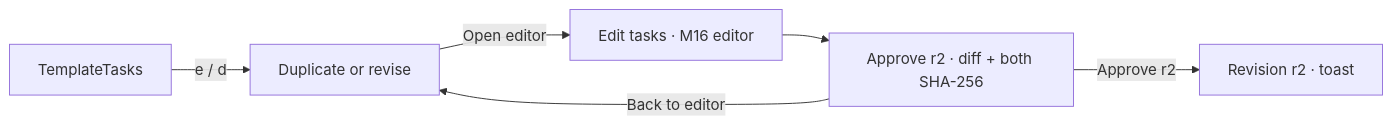
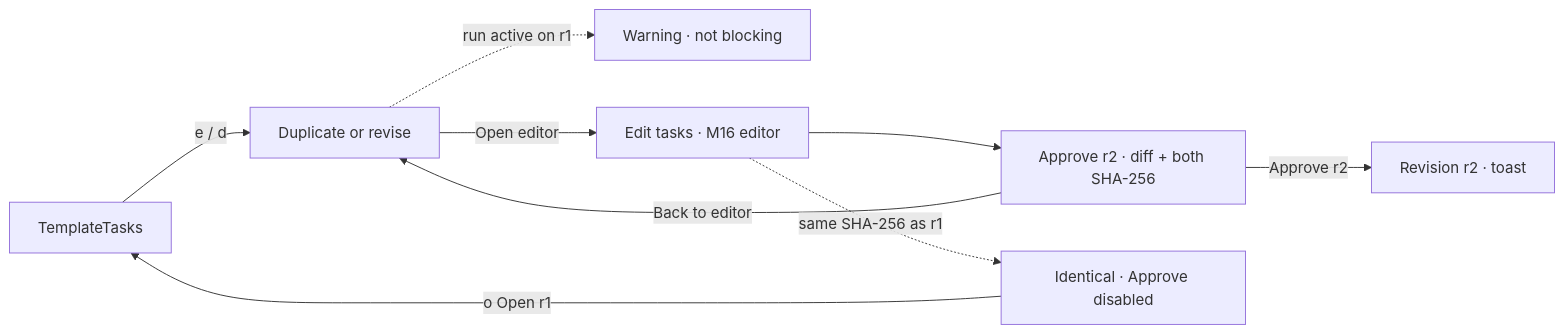
The fourth of 23 diagrams in spec/design/wireframe-tui/navigation.md (AxionomicAI/AxBenchmark), drawn with Mermaid before and after one commit. The commit also changed other lines of this file and 228 other files, not shown here.

````diff
--- a/spec/design/wireframe-tui/navigation.md
+++ b/spec/design/wireframe-tui/navigation.md
@@ -98,8 +112,11 @@
 ```mermaid
 flowchart LR
     TemplateTasks -->|e / d| Revise["Duplicate or revise"]
+    Revise -.->|run active on r1| ReviseActiveRun["Warning · not blocking"]
     Revise -->|Open editor| Editor["Edit tasks · M16 editor"]
     Editor --> ReviseConfirm["Approve r2 · diff + both SHA-256"]
+    Editor -.->|same SHA-256 as r1| ReviseIdentical["Identical · Approve disabled"]
+    ReviseIdentical -->|o Open r1| TemplateTasks
     ReviseConfirm -->|Approve r2| RevisionSaved["Revision r2 · toast"]
     ReviseConfirm -->|Back to editor| Revise
 ```
````
